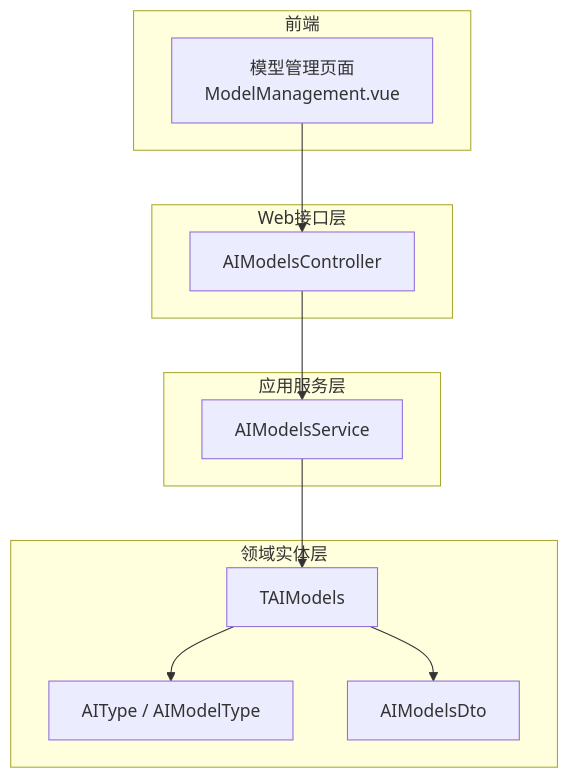
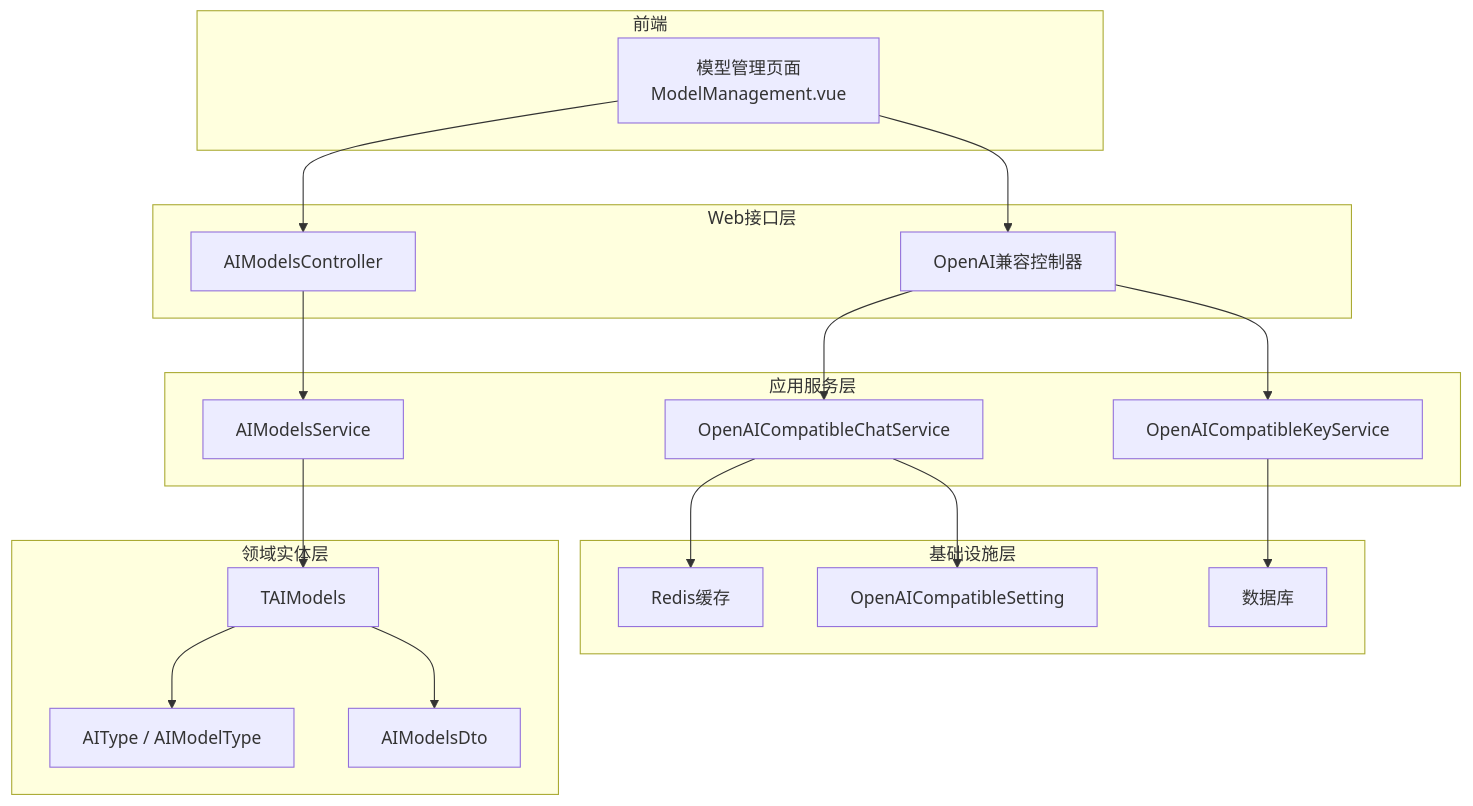
The first of 8 diagrams in .qoder/repowiki/zh/content/AI智能体/模型管理.md (junkai-li/NetCoreKevin), drawn with Mermaid before and after one commit. The commit also changed other lines of this file and 54 other files, not shown here.

````diff
--- a/.qoder/repowiki/zh/content/AI智能体/模型管理.md
+++ b/.qoder/repowiki/zh/content/AI智能体/模型管理.md
@@ -45,22 +52,36 @@
 ```mermaid
 graph TB
 subgraph "前端"
 MM["模型管理页面<br/>ModelManagement.vue"]
 end
 subgraph "Web接口层"
 Ctl["AIModelsController"]
+OpenAICtl["OpenAI兼容控制器"]
 end
 subgraph "应用服务层"
 Svc["AIModelsService"]
+OpenAISvc["OpenAICompatibleChatService"]
+KeySvc["OpenAICompatibleKeyService"]
 end
 subgraph "领域实体层"
 Ent["TAIModels"]
 Enum["AIType / AIModelType"]
 DTO["AIModelsDto"]
 end
+subgraph "基础设施层"
+Cache["Redis缓存"]
+DB["数据库"]
+Config["OpenAICompatibleSetting"]
+end
 MM --> Ctl
+MM --> OpenAICtl
 Ctl --> Svc
+OpenAICtl --> OpenAISvc
+OpenAICtl --> KeySvc
+OpenAISvc --> Cache
+OpenAISvc --> Config
+KeySvc --> DB
 Svc --> Ent
 Ent --> Enum
 Ent --> DTO
 ```
````
